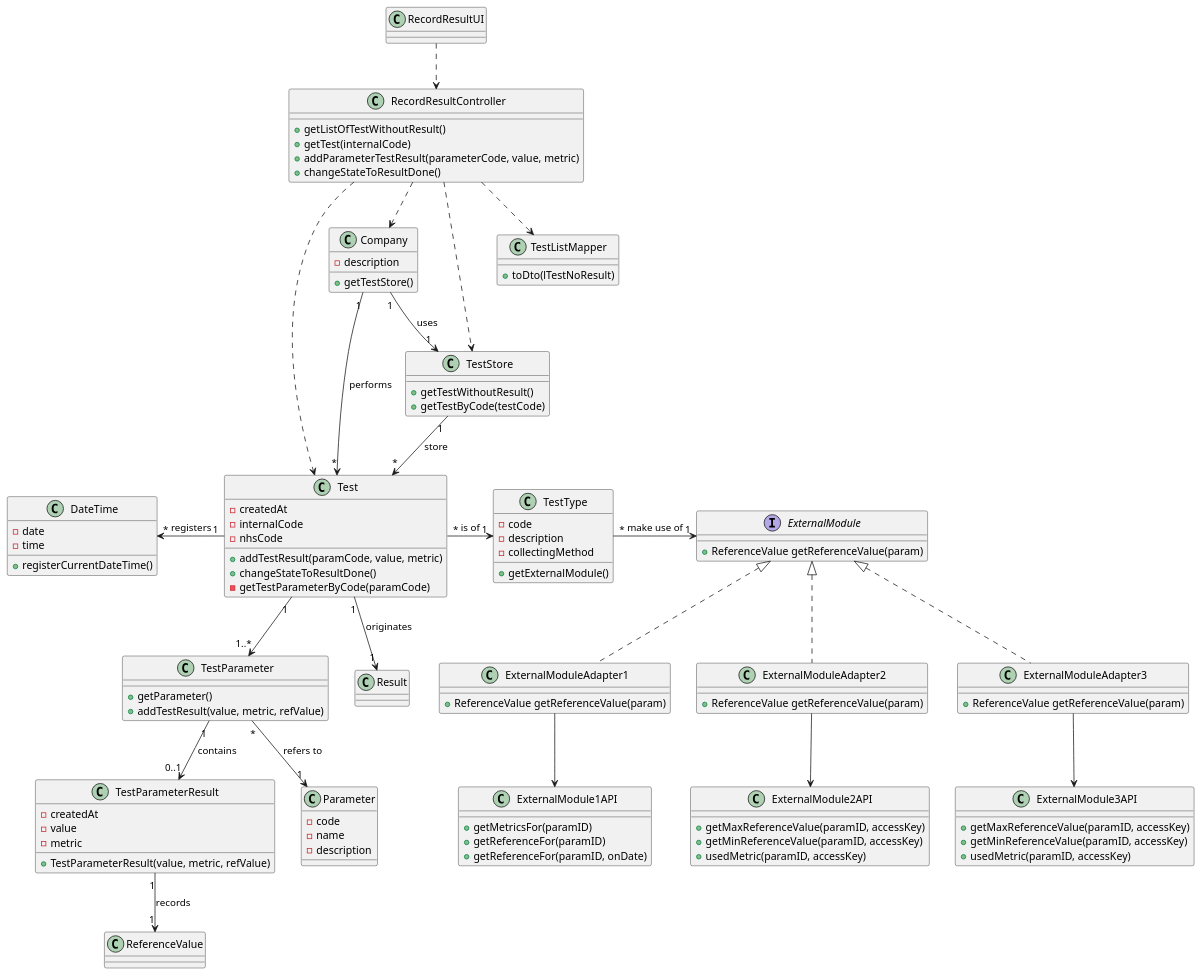
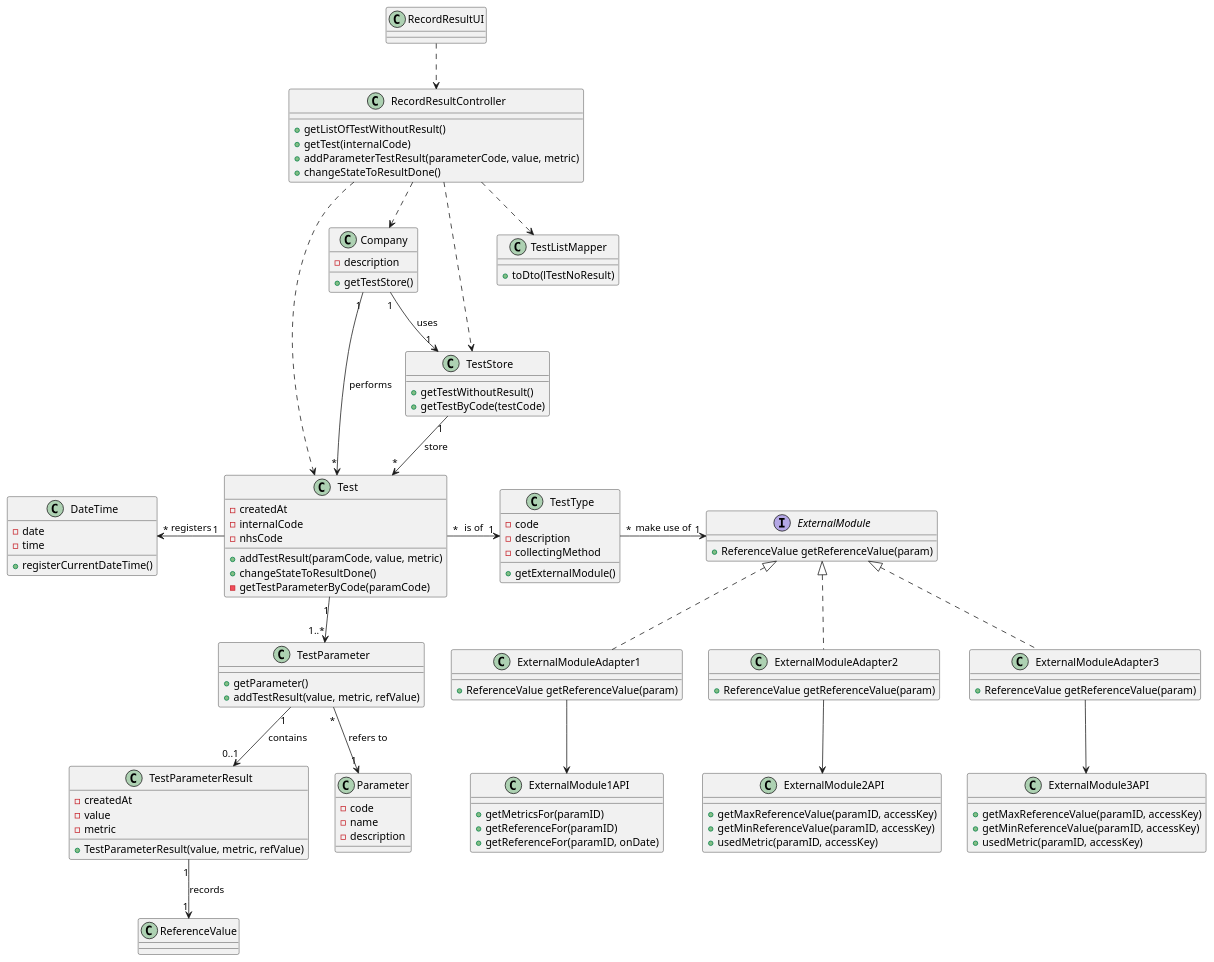
One commit to GuilhermeCunha79/lapr2 changed the diagram in docs/SprintC/US12/US12_CD_1.puml. Above: the diagram before and after it, drawn with PlantUML. The commit also changed 6 other files, not shown here.

Commit message:
Update of the diagrams [UC-12] [Design]

```diff
--- a/docs/SprintC/US12/US12_CD_1.puml
+++ b/docs/SprintC/US12/US12_CD_1.puml
@@ -1,130 +1,129 @@
 @startuml
 
 class RecordResultUI {
 }
 
 class RecordResultController {
     +getListOfTestWithoutResult()
     +getTest(internalCode)
     +addParameterTestResult(parameterCode, value, metric)
     +changeStateToResultDone()
 }
 
 class Company {
     -description
     +getTestStore()
 }
 
 class TestStore {
     +getTestWithoutResult()
     +getTestByCode(testCode)
 }
 
 class TestListMapper {
     +toDto(lTestNoResult)
 }
 
 class Test {
     -createdAt
     -internalCode
     -nhsCode
     +addTestResult(paramCode, value, metric)
     +changeStateToResultDone()
     -getTestParameterByCode(paramCode)
 }
 
 
 
 class DateTime {
     -date
     -time
     +registerCurrentDateTime()
 }
 
 class TestType {
     -code
     -description
     -collectingMethod
     +getExternalModule()
 }
 
 class TestParameterResult {
     -createdAt
     -value
     -metric
     +TestParameterResult(value, metric, refValue)
 }
 
 class ReferenceValue {
 
 }
 
 class TestParameter {
     +getParameter()
     +addTestResult(value, metric, refValue)
 }
 
 class Parameter {
     -code
     -name
     -description
 }
 
 interface ExternalModule {
     +ReferenceValue getReferenceValue(param)
 }
 
 class ExternalModuleAdapter1 {
     +ReferenceValue getReferenceValue(param)
 }
 
 class ExternalModuleAdapter2 {
     +ReferenceValue getReferenceValue(param)
 }
 
 class ExternalModuleAdapter3 {
     +ReferenceValue getReferenceValue(param)
 }
 
 class ExternalModule1API {
     +getMetricsFor(paramID)
     +getReferenceFor(paramID)
     +getReferenceFor(paramID, onDate)
 }
 
 class ExternalModule2API {
     +getMaxReferenceValue(paramID, accessKey)
     +getMinReferenceValue(paramID, accessKey)
     +usedMetric(paramID, accessKey)
 }
 
 class ExternalModule3API {
     +getMaxReferenceValue(paramID, accessKey)
     +getMinReferenceValue(paramID, accessKey)
     +usedMetric(paramID, accessKey)
 }
 
 RecordResultUI ..> RecordResultController
 RecordResultController ..> Company
 RecordResultController ..> TestStore
 RecordResultController ..> TestListMapper
 RecordResultController ..> Test
 
 Company"1" --> "*"Test : "performs"
 Company"1" --> "1"TestStore : "uses"
 TestStore"1" --> "*"Test : "store"
-Test"1" --> "1"Result : "originates"
 Test"1" -left-> "*"DateTime : registers
 ExternalModule <|.. ExternalModuleAdapter1
 ExternalModule <|.. ExternalModuleAdapter2
 ExternalModule <|.. ExternalModuleAdapter3
 ExternalModuleAdapter1 -down-> ExternalModule1API
 ExternalModuleAdapter2 -down-> ExternalModule2API
 ExternalModuleAdapter3 -down-> ExternalModule3API
 TestType"*" -> "1"ExternalModule : "make use of"
 Test"*" -> "1"TestType : is of
 Test"1" -down-> "1..*" TestParameter
 TestParameter"1" --> "0..1" TestParameterResult : contains
 TestParameter"*" --> "1" Parameter : refers to
 TestParameterResult"1" --> "1"ReferenceValue : records
 @enduml
```
